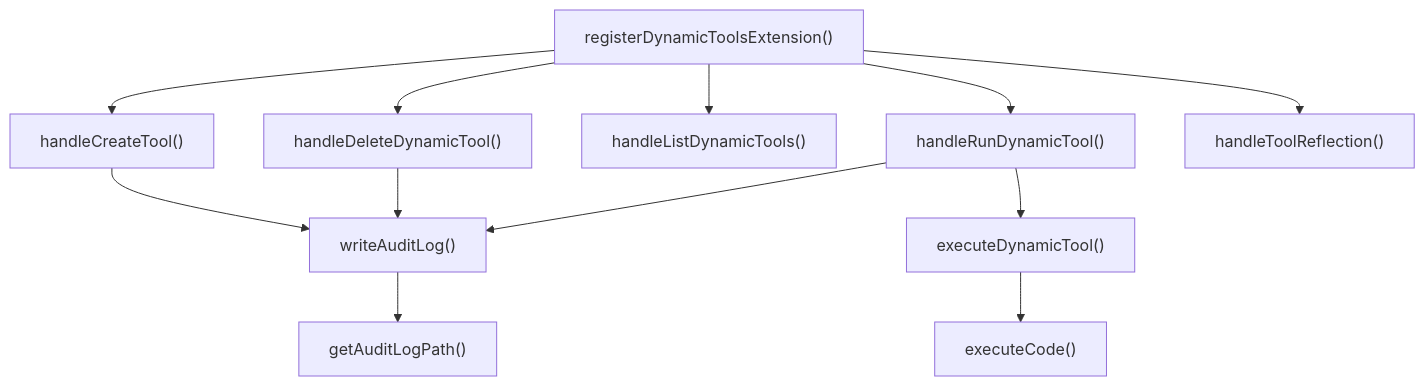
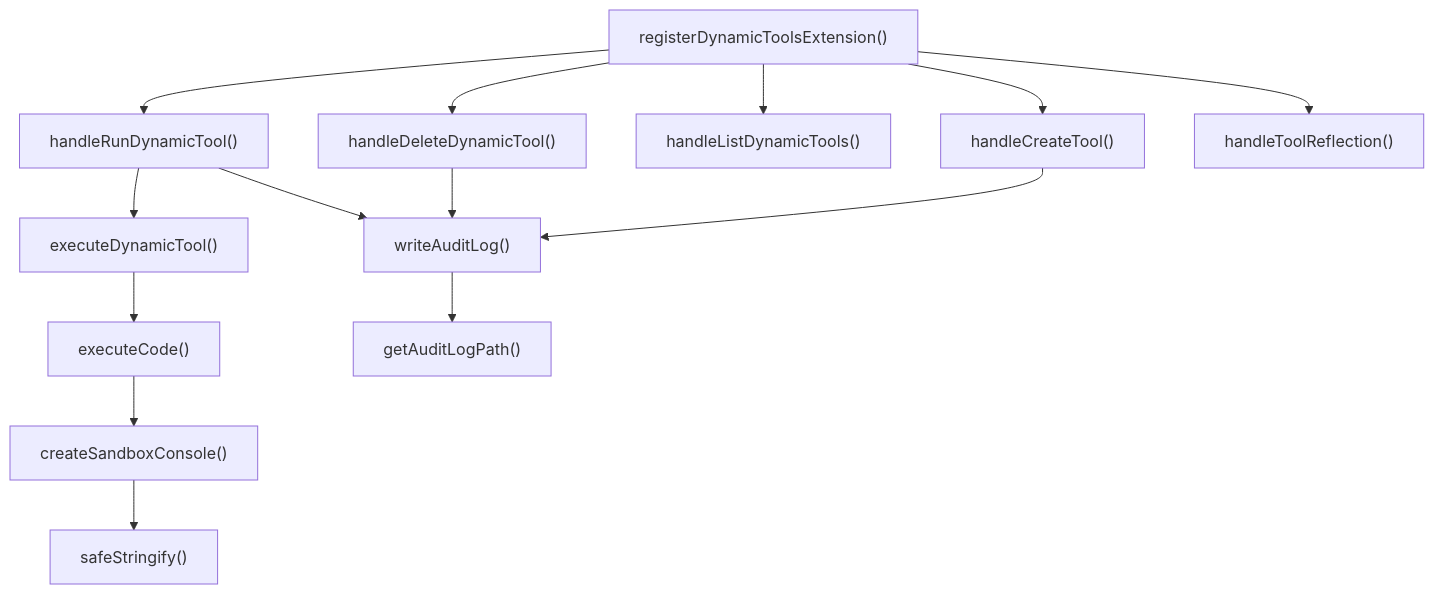
One commit to Mekann2904/mekann changed the eighth of 9 diagrams in ABDD/.pi/extensions/dynamic-tools.md. Above: the diagram before and after it, drawn with Mermaid. The commit also changed other lines of this file and 205 other files, not shown here.

````diff
--- a/ABDD/.pi/extensions/dynamic-tools.md
+++ b/ABDD/.pi/extensions/dynamic-tools.md
@@ -304,24 +308,28 @@
 ```mermaid
 flowchart TD
+  createSandboxConsole["createSandboxConsole()"]
   executeCode["executeCode()"]
   executeDynamicTool["executeDynamicTool()"]
   getAuditLogPath["getAuditLogPath()"]
   handleCreateTool["handleCreateTool()"]
   handleDeleteDynamicTool["handleDeleteDynamicTool()"]
   handleListDynamicTools["handleListDynamicTools()"]
   handleRunDynamicTool["handleRunDynamicTool()"]
   handleToolReflection["handleToolReflection()"]
   registerDynamicToolsExtension["registerDynamicToolsExtension()"]
+  safeStringify["safeStringify()"]
   writeAuditLog["writeAuditLog()"]
+  createSandboxConsole --> safeStringify
+  executeCode --> createSandboxConsole
   executeDynamicTool --> executeCode
   handleCreateTool --> writeAuditLog
   handleDeleteDynamicTool --> writeAuditLog
   handleRunDynamicTool --> executeDynamicTool
   handleRunDynamicTool --> writeAuditLog
   registerDynamicToolsExtension --> handleCreateTool
   registerDynamicToolsExtension --> handleDeleteDynamicTool
   registerDynamicToolsExtension --> handleListDynamicTools
   registerDynamicToolsExtension --> handleRunDynamicTool
   registerDynamicToolsExtension --> handleToolReflection
   writeAuditLog --> getAuditLogPath
 ```
````
